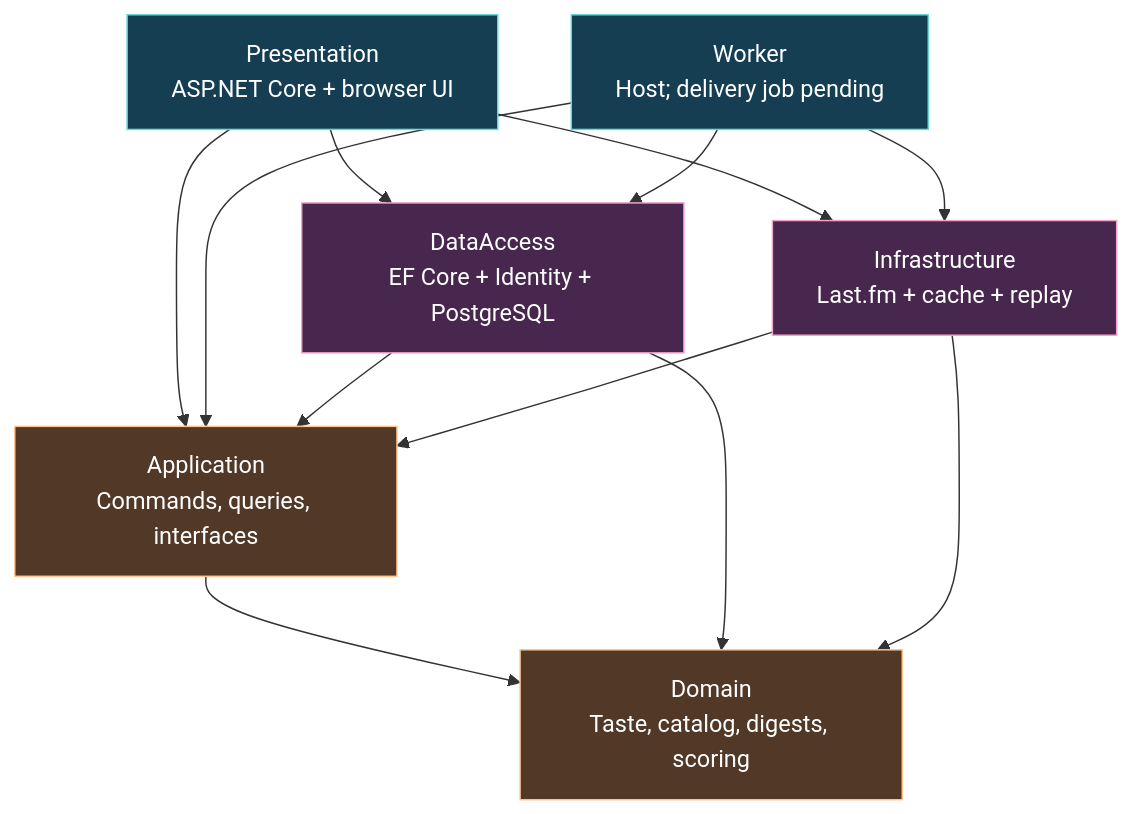
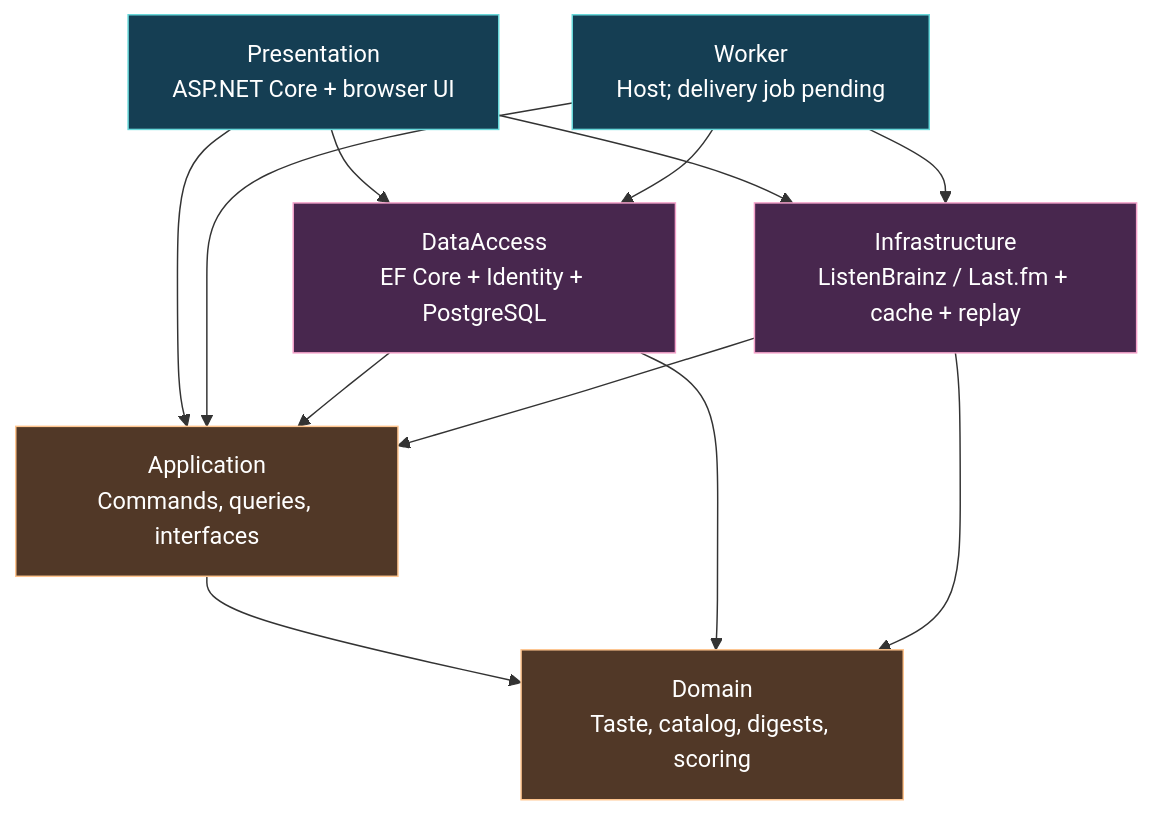
Before and after one commit to Jafarli-Mahammad/Liner-Notes: the second of 2 diagrams in README.md, drawn with Mermaid. The commit also changed other lines of this file and 11 other files, not shown here.

Commit message:
docs: configure and verify the ListenBrainz default

````diff
--- a/README.md
+++ b/README.md
@@ -126,20 +127,20 @@
 ```mermaid
 flowchart TB
     Web["Presentation<br>ASP.NET Core + browser UI"] --> App["Application<br>Commands, queries, interfaces"]
     Worker["Worker<br>Host; delivery job pending"] --> App
     Web --> Data["DataAccess<br>EF Core + Identity + PostgreSQL"]
     Worker --> Data
-    Web --> Infra["Infrastructure<br>Last.fm + cache + replay"]
+    Web --> Infra["Infrastructure<br>ListenBrainz / Last.fm + cache + replay"]
     Worker --> Infra
     Data --> App
     Infra --> App
     App --> Domain["Domain<br>Taste, catalog, digests, scoring"]
     Data --> Domain
     Infra --> Domain
     classDef host fill:#153e53,color:#fff,stroke:#67d8da
     classDef adapter fill:#48274e,color:#fff,stroke:#f4a1ca
     classDef core fill:#513827,color:#fff,stroke:#ffc58f
     class Web,Worker host
     class Data,Infra adapter
     class App,Domain core
 ```
````
